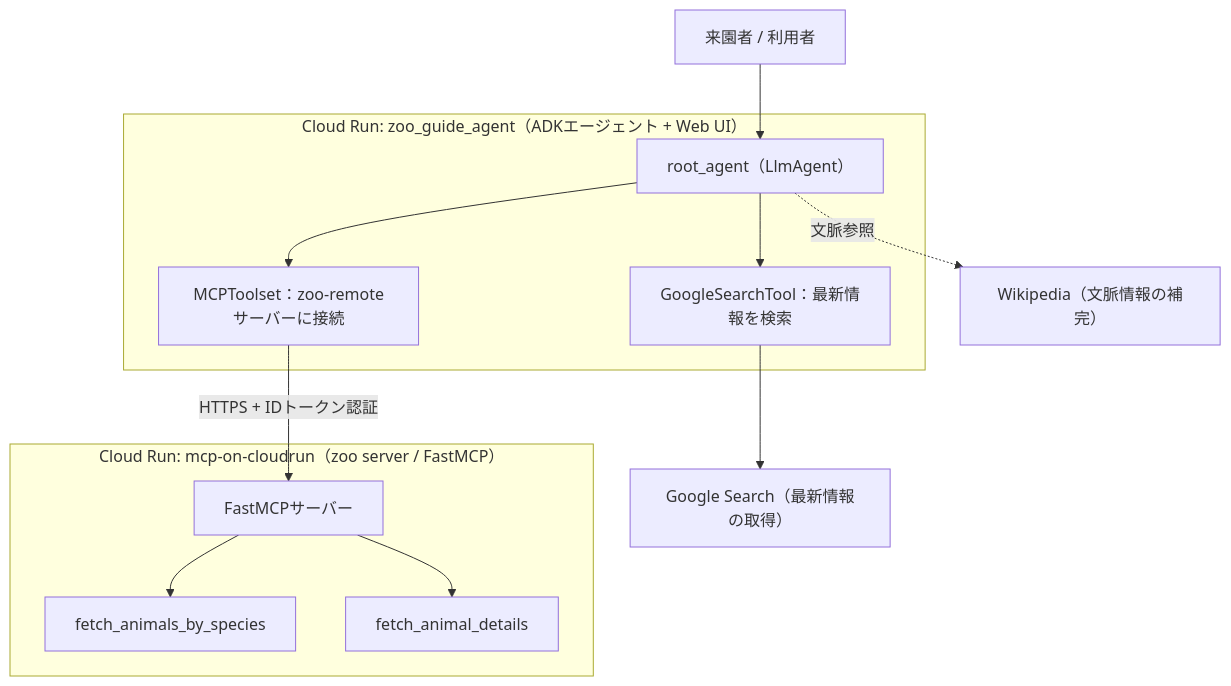
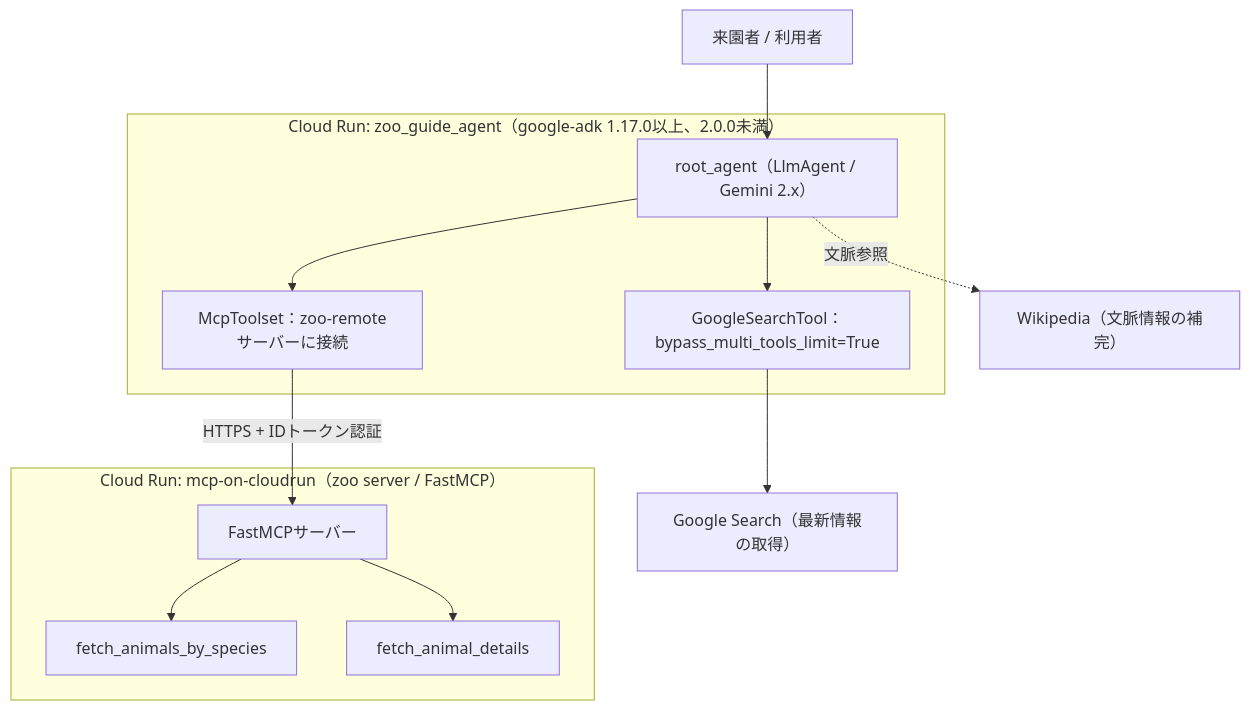
Before and after one commit to myoshi2891/Cloud-Infrastructure-Studies: the first of 6 diagrams in Zoo-tour-guide-mcp-adk-challenge-lab-guide.md, drawn with Mermaid. The commit also changed other lines of this file, not shown here.

Commit message:
docs(zoo-tour): align current ADK deployment guidance

````diff
--- a/Zoo-tour-guide-mcp-adk-challenge-lab-guide.md
+++ b/Zoo-tour-guide-mcp-adk-challenge-lab-guide.md
@@ -42,28 +42,28 @@
 ```mermaid
 flowchart TB
     User["来園者 / 利用者"]
 
-    subgraph AgentService["Cloud Run: zoo_guide_agent（ADKエージェント + Web UI）"]
-        Root["root_agent（LlmAgent）"]
-        MCPTool["MCPToolset：zoo-remoteサーバーに接続"]
-        SearchAgent["GoogleSearchTool：最新情報を検索"]
+    subgraph AgentService["Cloud Run: zoo_guide_agent（google-adk 1.17.0以上、2.0.0未満）"]
+        Root["root_agent（LlmAgent / Gemini 2.x）"]
+        MCPTool["McpToolset：zoo-remoteサーバーに接続"]
+        SearchAgent["GoogleSearchTool：bypass_multi_tools_limit=True"]
         Root --> MCPTool
         Root --> SearchAgent
     end
 
     subgraph McpService["Cloud Run: mcp-on-cloudrun（zoo server / FastMCP）"]
         FastMCP["FastMCPサーバー"]
         ToolA["fetch_animals_by_species"]
         ToolB["fetch_animal_details"]
         FastMCP --> ToolA
         FastMCP --> ToolB
     end
 
     Wikipedia["Wikipedia（文脈情報の補完）"]
     GoogleSearch["Google Search（最新情報の取得）"]
 
     User --> Root
     MCPTool -->|"HTTPS + IDトークン認証"| FastMCP
     Root -.->|"文脈参照"| Wikipedia
     SearchAgent --> GoogleSearch
 ```
````
